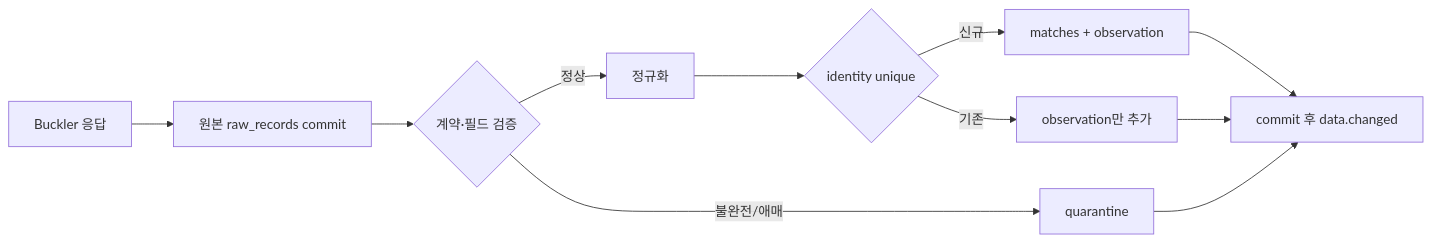
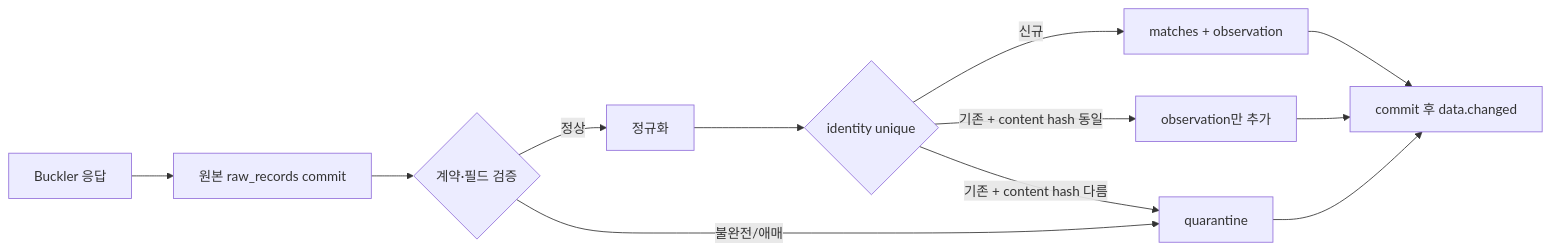
The second of 2 diagrams in docs/superpowers/specs/2026-07-19-sf6viewer-v2-master-design.md (blacknabis/SF6RankViewer), drawn with Mermaid before and after one commit. The commit also changed other lines of this file and 1 other file, not shown here.

````diff
--- a/docs/superpowers/specs/2026-07-19-sf6viewer-v2-master-design.md
+++ b/docs/superpowers/specs/2026-07-19-sf6viewer-v2-master-design.md
@@ -148,13 +150,14 @@
 ```mermaid
 flowchart LR
     F["Buckler 응답"] --> C["원본 raw_records commit"]
     C --> V{"계약·필드 검증"}
     V -->|"정상"| N["정규화"]
     V -->|"불완전/애매"| Q["quarantine"]
     N --> U{"identity unique"}
     U -->|"신규"| M["matches + observation"]
-    U -->|"기존"| O["observation만 추가"]
+    U -->|"기존 + content hash 동일"| O["observation만 추가"]
+    U -->|"기존 + content hash 다름"| Q
     M --> X["commit 후 data.changed"]
     O --> X
     Q --> X
 ```
````
